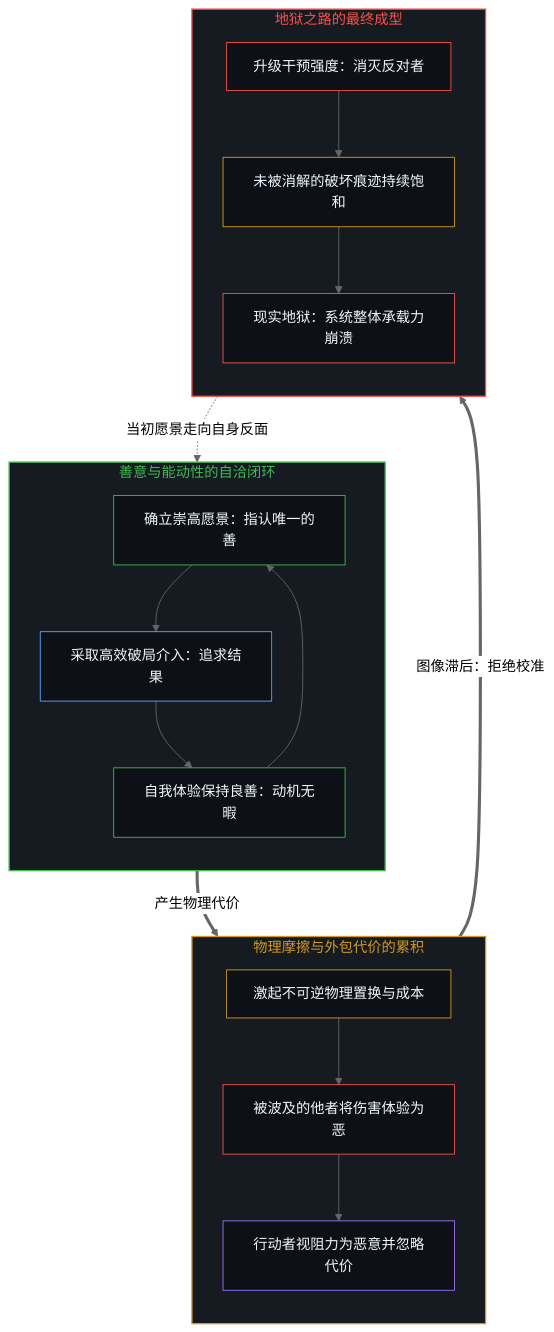
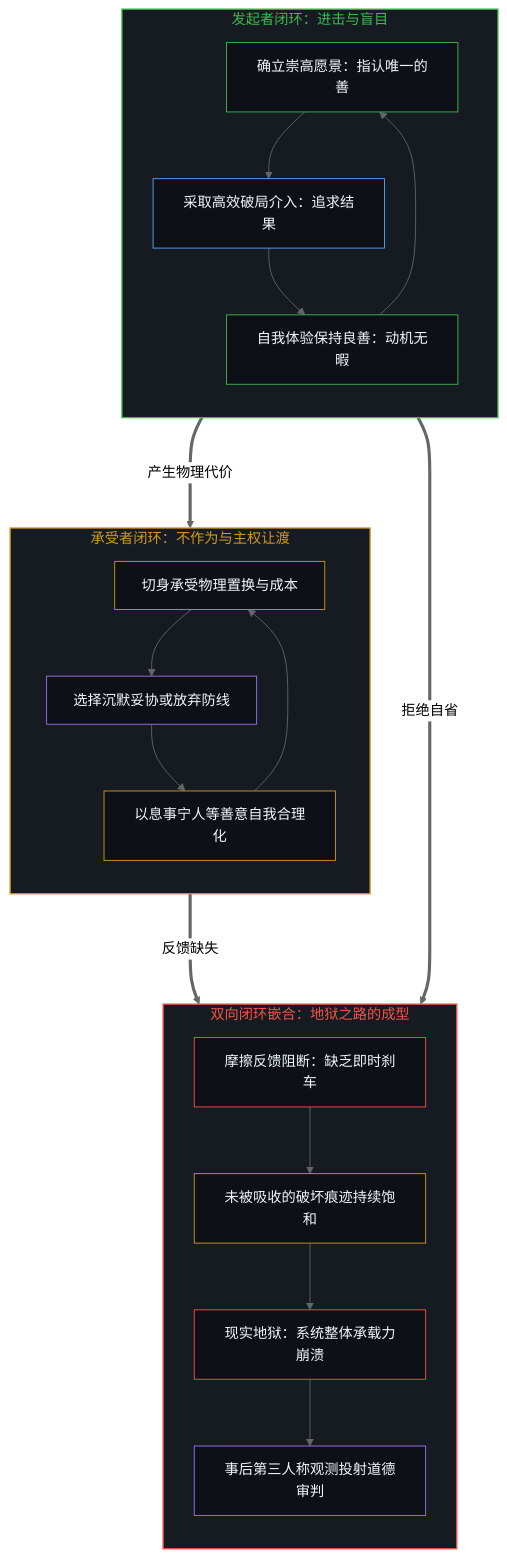
One commit to powerpig99/not-a-toe changed the third of 4 diagrams in content/posts/the-coin-of-good-and-evil-and-the-road-to-hell.md. Above: the diagram before and after it, drawn with Mermaid (neutral theme). The commit also changed other lines of this file and 4 other files, not shown here.

Commit message:
Refine Post #350: sovereign inaction and closed-loop interplay

````diff
--- a/content/posts/the-coin-of-good-and-evil-and-the-road-to-hell.md
+++ b/content/posts/the-coin-of-good-and-evil-and-the-road-to-hell.md
@@ -157,51 +161,55 @@
 ```mermaid
 graph TD
     classDef default fill:#0d1117,stroke:#58a6ff,stroke-width:1px,color:#f0f6fc;
 
-    subgraph S_Intention ["善意与能动性的自洽闭环"]
+    subgraph S_Actor ["发起者闭环：进击与盲目"]
         direction TB
-        style S_Intention fill:#161b22,stroke:#3fb950,stroke-width:1.5px,color:#3fb950
-        I_Goal["确立崇高愿景：指认唯一的善"]
-        I_Action["采取高效破局介入：追求结果"]
-        I_SelfRighteous["自我体验保持良善：动机无暇"]
-        I_Goal --> I_Action
-        I_Action --> I_SelfRighteous
-        I_SelfRighteous --> I_Goal
+        style S_Actor fill:#161b22,stroke:#3fb950,stroke-width:1.5px,color:#3fb950
+        A_Goal["确立崇高愿景：指认唯一的善"]
+        A_Action["采取高效破局介入：追求结果"]
+        A_SelfRighteous["自我体验保持良善：动机无暇"]
+        A_Goal --> A_Action
+        A_Action --> A_SelfRighteous
+        A_SelfRighteous --> A_Goal
     end
 
-    subgraph S_Displacement ["物理摩擦与外包代价的累积"]
+    subgraph S_Recipient ["承受者闭环：不作为与主权让渡"]
         direction TB
-        style S_Displacement fill:#161b22,stroke:#d29922,stroke-width:1.5px,color:#d29922
-        D_Friction["激起不可逆物理置换与成本"]
-        D_OthersExperience["被波及的他者将伤害体验为恶"]
-        D_IgnoredShadow["行动者视阻力为恶意并忽略代价"]
-        D_Friction --> D_OthersExperience
-        D_OthersExperience --> D_IgnoredShadow
+        style S_Recipient fill:#161b22,stroke:#d29922,stroke-width:1.5px,color:#d29922
+        R_Cost["切身承受物理置换与成本"]
+        R_Inaction["选择沉默妥协或放弃防线"]
+        R_SelfJustify["以息事宁人等善意自我合理化"]
+        R_Cost --> R_Inaction
+        R_Inaction --> R_SelfJustify
+        R_SelfJustify --> R_Cost
     end
 
-    subgraph S_Hell ["地狱之路的最终成型"]
+    subgraph S_Interplay ["双向闭环嵌合：地狱之路的成型"]
         direction TB
-        style S_Hell fill:#161b22,stroke:#f85149,stroke-width:1.5px,color:#f85149
-        H_Escalation["升级干预强度：消灭反对者"]
-        H_TraceAccumulation["未被消解的破坏痕迹持续饱和"]
-        H_SystemCollapse["现实地狱：系统整体承载力崩溃"]
-        H_Escalation --> H_TraceAccumulation
-        H_TraceAccumulation --> H_SystemCollapse
+        style S_Interplay fill:#161b22,stroke:#f85149,stroke-width:1.5px,color:#f85149
+        I_FeedbackLoss["摩擦反馈阻断：缺乏即时刹车"]
+        I_TraceAccumulation["未被吸收的破坏痕迹持续饱和"]
+        I_SystemCollapse["现实地狱：系统整体承载力崩溃"]
+        I_MoralProjection["事后第三人称观测投射道德审判"]
+        I_FeedbackLoss --> I_TraceAccumulation
+        I_TraceAccumulation --> I_SystemCollapse
+        I_SystemCollapse --> I_MoralProjection
     end
 
-    I_Action ==>|"产生物理代价"| D_Friction
-    D_IgnoredShadow ==>|"图像滞后：拒绝校准"| H_Escalation
-    H_SystemCollapse -.->|"当初愿景走向自身反面"| I_Goal
+    A_Action ===>|"产生物理代价"| R_Cost
+    R_Inaction ===>|"反馈缺失"| I_FeedbackLoss
+    A_SelfRighteous ===>|"拒绝自省"| I_FeedbackLoss
 
-    style I_Goal fill:#0d1117,stroke:#3fb950,stroke-width:1px,color:#f0f6fc
-    style I_Action fill:#0d1117,stroke:#58a6ff,stroke-width:1px,color:#f0f6fc
-    style I_SelfRighteous fill:#0d1117,stroke:#3fb950,stroke-width:1px,color:#f0f6fc
+    style A_Goal fill:#0d1117,stroke:#3fb950,stroke-width:1px,color:#f0f6fc
+    style A_Action fill:#0d1117,stroke:#58a6ff,stroke-width:1px,color:#f0f6fc
+    style A_SelfRighteous fill:#0d1117,stroke:#3fb950,stroke-width:1px,color:#f0f6fc
 
-    style D_Friction fill:#0d1117,stroke:#d29922,stroke-width:1px,color:#f0f6fc
-    style D_OthersExperience fill:#0d1117,stroke:#f85149,stroke-width:1px,color:#f0f6fc
-    style D_IgnoredShadow fill:#0d1117,stroke:#a371f7,stroke-width:1px,color:#f0f6fc
+    style R_Cost fill:#0d1117,stroke:#d29922,stroke-width:1px,color:#f0f6fc
+    style R_Inaction fill:#0d1117,stroke:#a371f7,stroke-width:1px,color:#f0f6fc
+    style R_SelfJustify fill:#0d1117,stroke:#d29922,stroke-width:1px,color:#f0f6fc
 
-    style H_Escalation fill:#0d1117,stroke:#f85149,stroke-width:1px,color:#f0f6fc
-    style H_TraceAccumulation fill:#0d1117,stroke:#d29922,stroke-width:1px,color:#f0f6fc
-    style H_SystemCollapse fill:#0d1117,stroke:#f85149,stroke-width:1px,color:#f0f6fc
+    style I_FeedbackLoss fill:#0d1117,stroke:#f85149,stroke-width:1px,color:#f0f6fc
+    style I_TraceAccumulation fill:#0d1117,stroke:#d29922,stroke-width:1px,color:#f0f6fc
+    style I_SystemCollapse fill:#0d1117,stroke:#f85149,stroke-width:1px,color:#f0f6fc
+    style I_MoralProjection fill:#0d1117,stroke:#a371f7,stroke-width:1px,color:#f0f6fc
 ```
````
